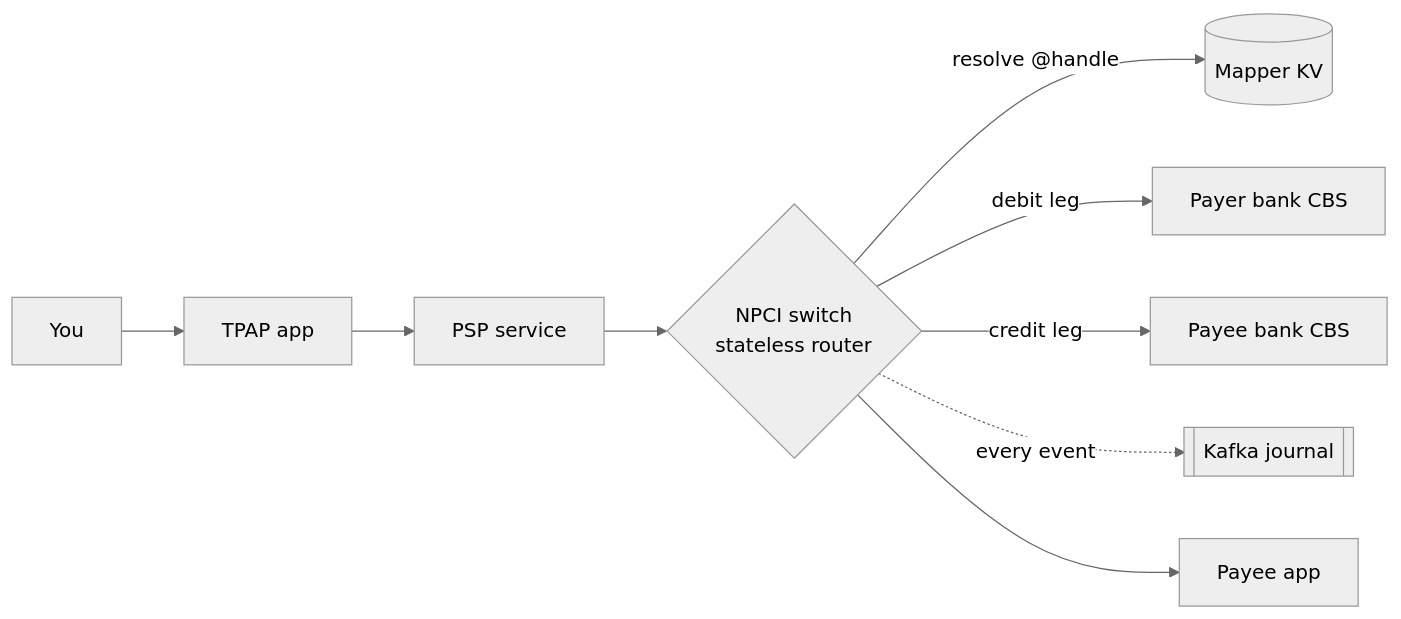
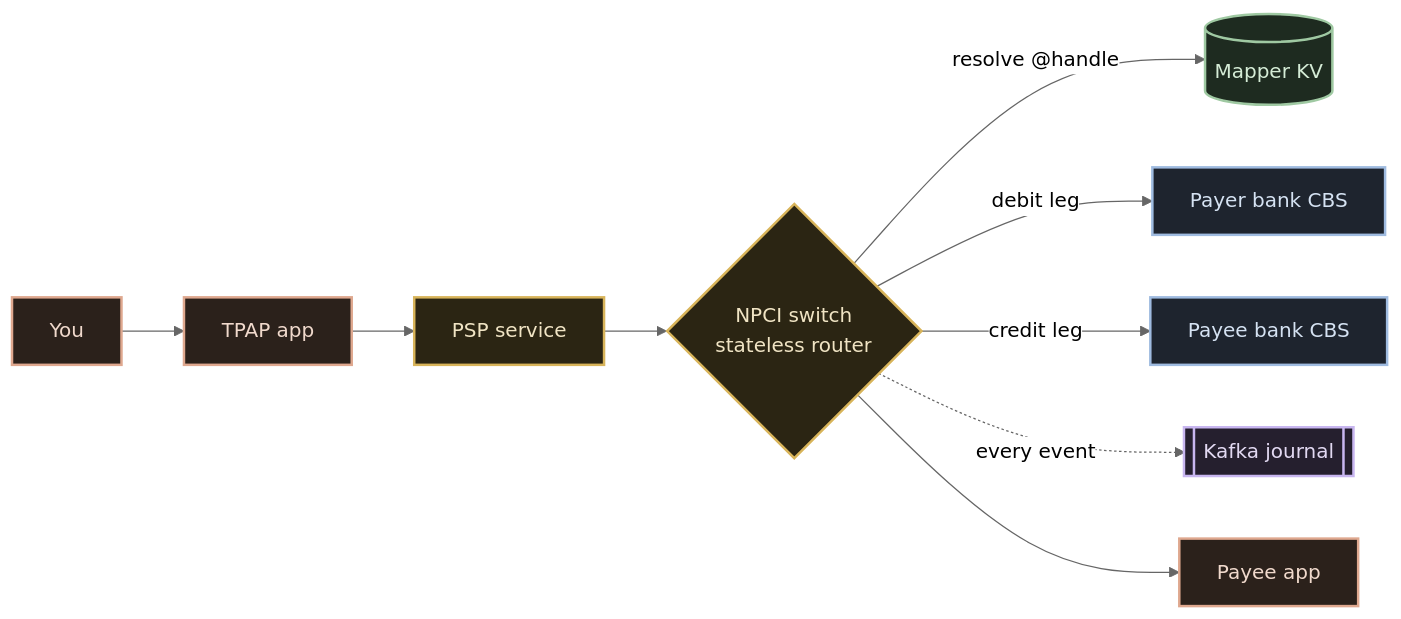
Before and after one commit to svssdeva/system-designs-with-deva: the diagram in upi/README.md, drawn with Mermaid (neutral theme). The commit also changed 4 other files, not shown here.

First line of the commit message:
docs: HTML site (docs/index.html) with rendered blackboard diagrams + polished README

````diff
--- a/upi/README.md
+++ b/upi/README.md
@@ -17,11 +17,21 @@
 ```mermaid
 flowchart LR
   U[You] --> A[TPAP app]
   A --> P[PSP service]
-  P --> N{NPCI switch\nstateless router}
+  P --> N{NPCI switch<br/>stateless router}
   N -->|resolve @handle| M[(Mapper KV)]
   N -->|debit leg| BA[Payer bank CBS]
   N -->|credit leg| BB[Payee bank CBS]
   N -.->|every event| K[[Kafka journal]]
   N --> PA[Payee app]
+  class U,A,PA client
+  class P,N svc
+  class M cache
+  class BA,BB bank
+  class K queue
+  classDef client fill:#2b211b,stroke:#dfa88f,stroke-width:2px,color:#f0d9cc;
+  classDef svc fill:#2b2513,stroke:#d8b45a,stroke-width:2px,color:#f0e4c4;
+  classDef cache fill:#1e2b20,stroke:#9fc9a2,stroke-width:2px,color:#d5ecd6;
+  classDef bank fill:#1e242e,stroke:#9fbbe0,stroke-width:2px,color:#d5e2f2;
+  classDef queue fill:#251f2e,stroke:#c8b6f0,stroke-width:2px,color:#e2d9f2;
 ```
````
